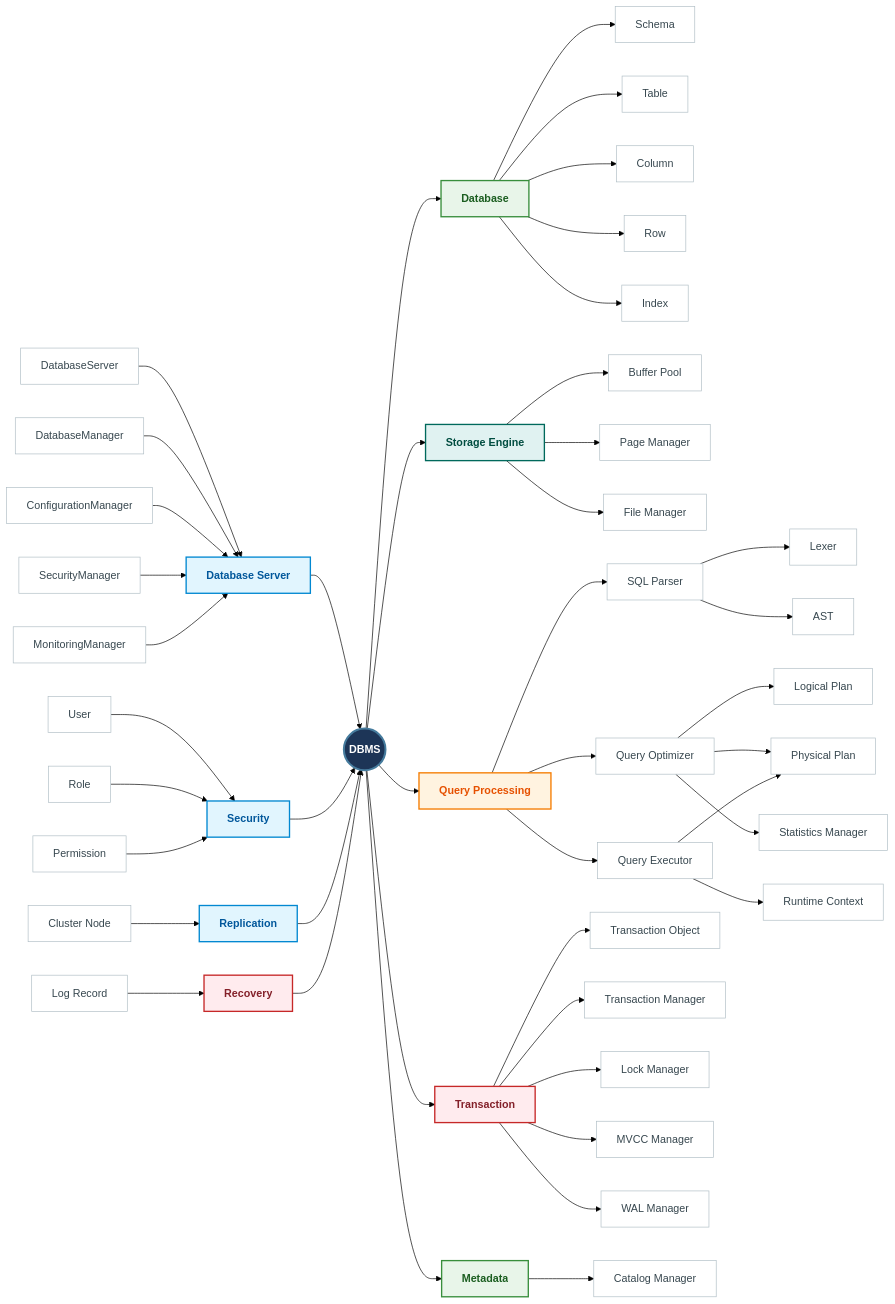
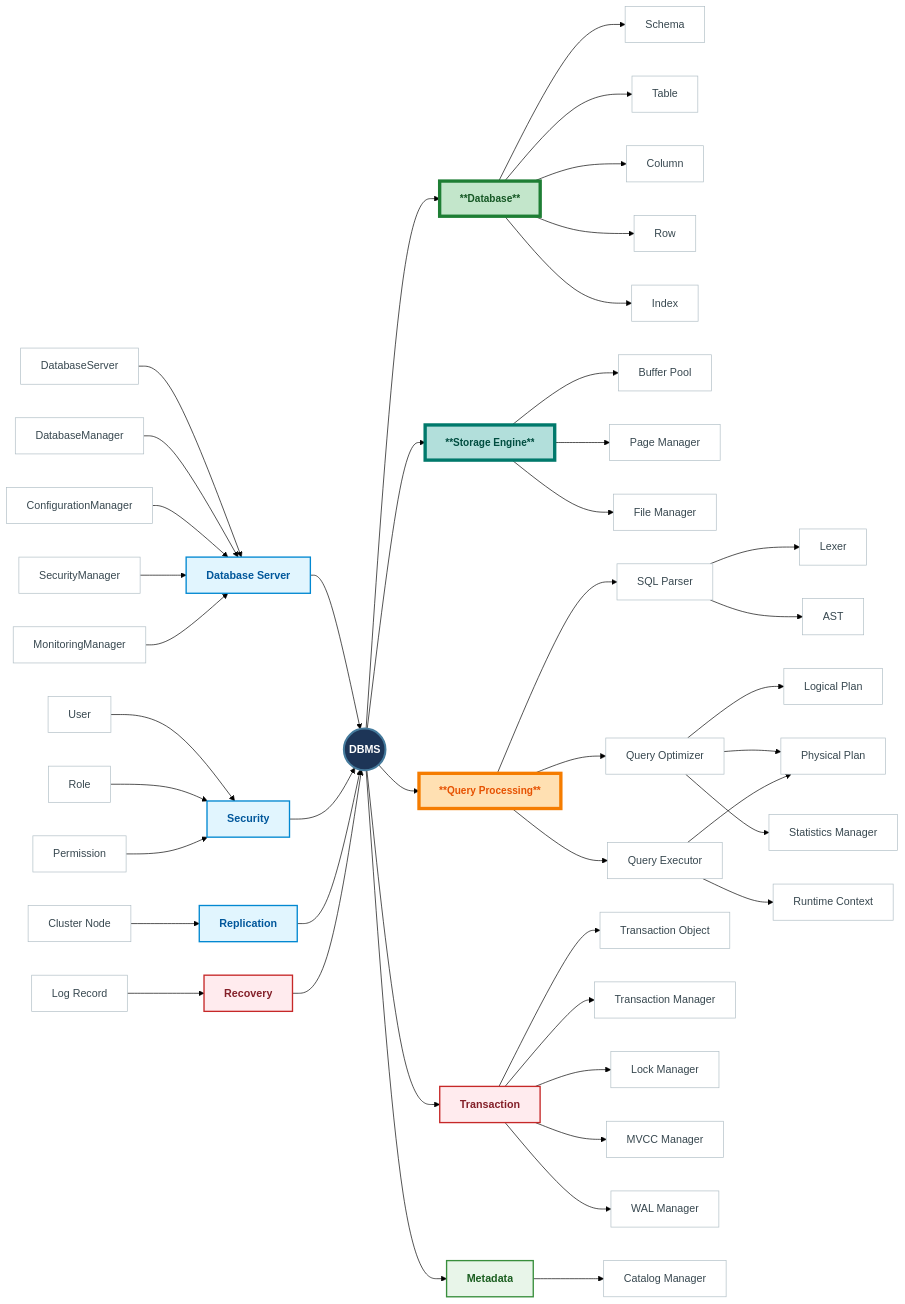
One commit to Huy1801214/dbms-architecture changed the first of 20 diagrams in docs/README.md. Above: the diagram before and after it, drawn with Mermaid (forest theme). The commit also changed other lines of this file and 12 other files, not shown here.

Commit message:
add sequence diagrams for db object modules and initialize unit test infrastructure

````diff
--- a/docs/README.md
+++ b/docs/README.md
@@ -26,9 +26,9 @@
     LogRecord["Log Record"]:::leafStyle
 
     %% Right-side Branches
-    Database["Database"]:::branchCatalog
-    Storage["Storage Engine"]:::branchStorage
-    Query["Query Processing"]:::branchQuery
+    Database["**Database**"]:::highlightCatalog
+    Storage["**Storage Engine**"]:::highlightStorage
+    Query["**Query Processing**"]:::highlightQuery
     Transaction["Transaction"]:::branchTx
     Metadata["Metadata"]:::branchCatalog
     
@@ -133,4 +133,7 @@
     classDef branchStorage fill:#e0f2f1,stroke:#00695c,stroke-width:2px,color:#004d40,font-weight:bold;
     classDef branchTx fill:#ffebee,stroke:#c62828,stroke-width:2px,color:#842029,font-weight:bold;
     classDef leafStyle fill:#ffffff,stroke:#b0bec5,stroke-width:1px,color:#37474f;
+    classDef highlightCatalog fill:#c3e6cb,stroke:#1e7e34,stroke-width:5px,color:#155724,font-weight:bold,font-size:15px;
+    classDef highlightStorage fill:#b2dfdb,stroke:#00796b,stroke-width:5px,color:#004d40,font-weight:bold,font-size:15px;
+    classDef highlightQuery fill:#ffe0b2,stroke:#f57c00,stroke-width:5px,color:#e65100,font-weight:bold,font-size:15px;
 ```
````
